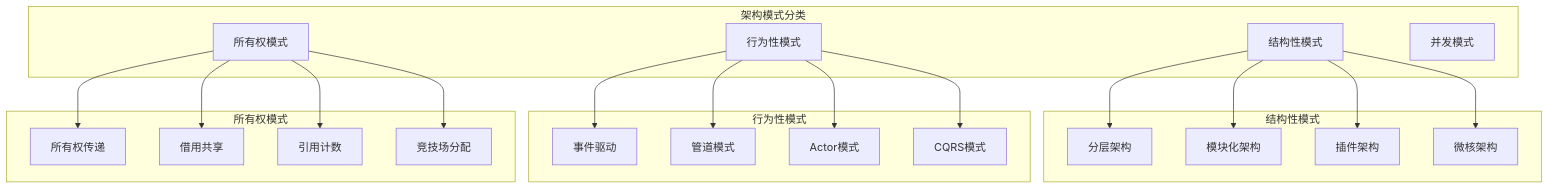
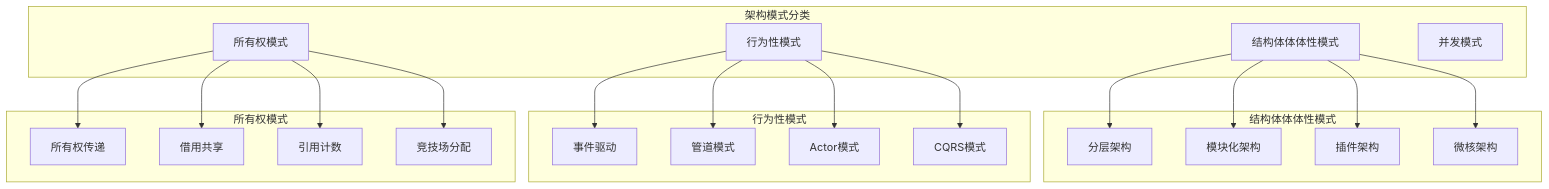
Before and after one commit to martin-ly/rust-lang: the diagram in formal_rust/refactor/01_core_theory/04_organization_semantics/03_code_organization_semantics/01_architecture_patterns_semantics.md, drawn with Mermaid. The commit also changed other lines of this file and 5740 other files, not shown here.

````diff
--- a/formal_rust/refactor/01_core_theory/04_organization_semantics/03_code_organization_semantics/01_architecture_patterns_semantics.md
+++ b/formal_rust/refactor/01_core_theory/04_organization_semantics/03_code_organization_semantics/01_architecture_patterns_semantics.md
@@ -66,45 +66,45 @@
 ```mermaid
 graph TB
     subgraph "架构模式分类"
-        Structural[结构性模式]
+        Structural[结构体体体性模式]
         Behavioral[行为性模式]
         Ownership[所有权模式]
         Concurrent[并发模式]
     end
     
-    subgraph "结构性模式"
+    subgraph "结构体体体性模式"
         Layered[分层架构]
         Modular[模块化架构]
         Plugin[插件架构]
         Microkernel[微核架构]
     end
     
     subgraph "行为性模式"
         EventDriven[事件驱动]
         Pipeline[管道模式]
         Actor[Actor模式]
         CQRS[CQRS模式]
     end
     
     subgraph "所有权模式"
         Owned[所有权传递]
         Borrowed[借用共享]
         RefCounted[引用计数]
         Arena[竞技场分配]
     end
     
     Structural --> Layered
     Structural --> Modular
     Structural --> Plugin
     Structural --> Microkernel
     
     Behavioral --> EventDriven
     Behavioral --> Pipeline
     Behavioral --> Actor
     Behavioral --> CQRS
     
     Ownership --> Owned
     Ownership --> Borrowed
     Ownership --> RefCounted
     Ownership --> Arena
 ```
````
